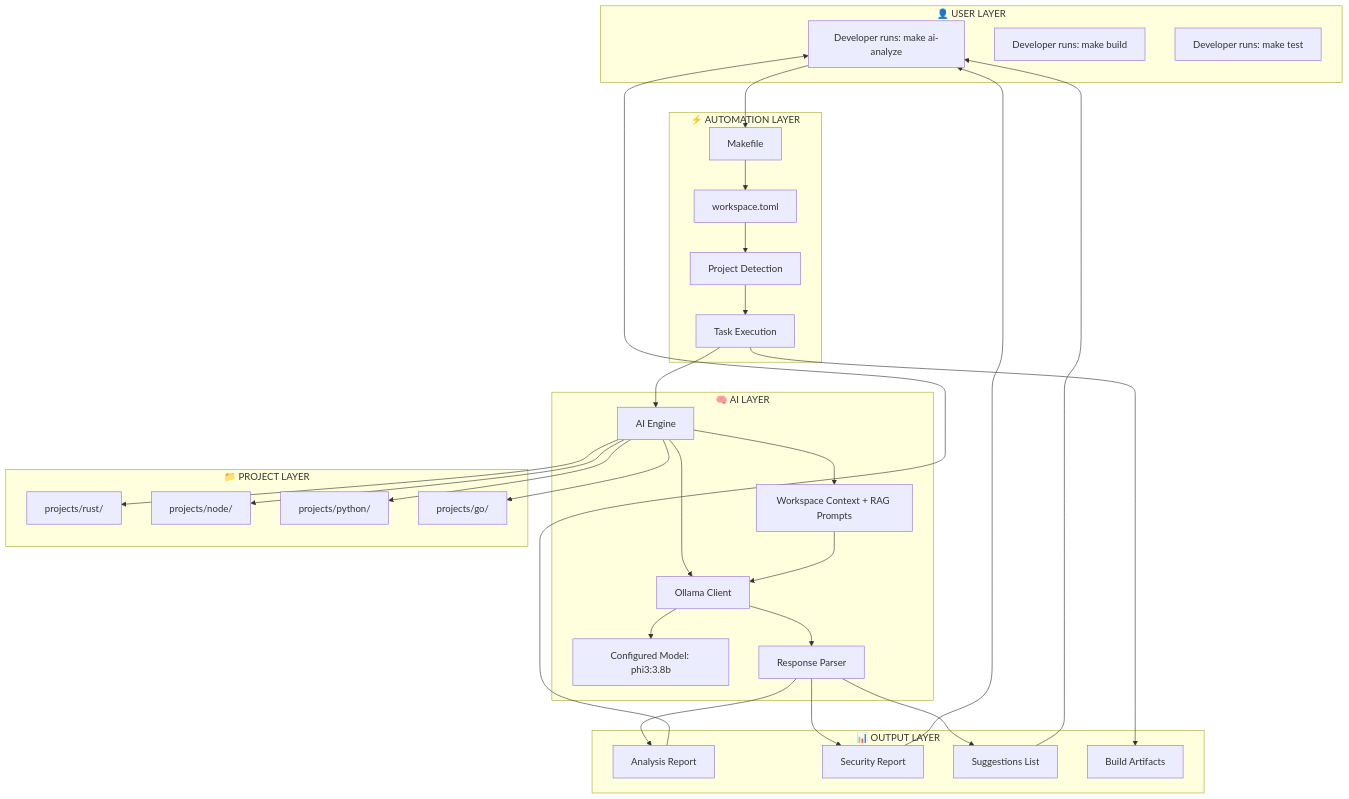
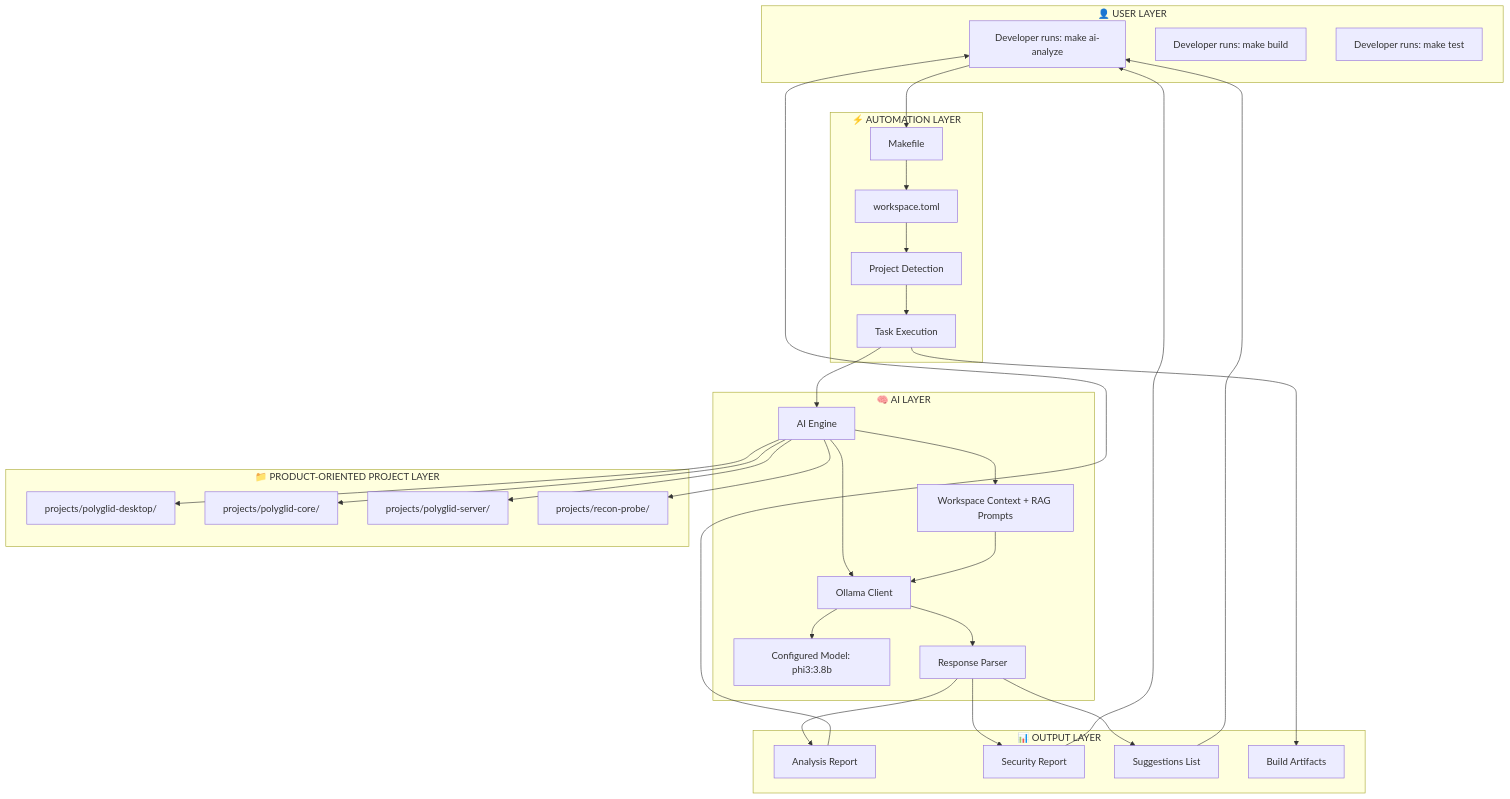
Before and after one commit to anonto42/poly.glid_security_workspace: the third of 10 diagrams in .agents/ARCHITECTURE_FLOW.md, drawn with Mermaid. The commit also changed other lines of this file and 163 other files, not shown here.

Commit message:
refactor(workspace): organize projects by product

````diff
--- a/.agents/ARCHITECTURE_FLOW.md
+++ b/.agents/ARCHITECTURE_FLOW.md
@@ -86,63 +86,63 @@
 ```mermaid
 graph TD
     subgraph "👤 USER LAYER"
         U1[Developer runs: make ai-analyze]
         U2[Developer runs: make build]
         U3[Developer runs: make test]
     end
 
     subgraph "⚡ AUTOMATION LAYER"
         M1[Makefile]
         M2[workspace.toml]
         M3[Project Detection]
         M4[Task Execution]
     end
 
     subgraph "🧠 AI LAYER"
         A1[AI Engine]
         A2[Ollama Client]
         A3[Configured Model: phi3:3.8b]
         A4[Workspace Context + RAG Prompts]
         A5[Response Parser]
     end
 
-    subgraph "📁 PROJECT LAYER"
-        P1[projects/rust/]
-        P2[projects/node/]
-        P3[projects/python/]
-        P4[projects/go/]
+    subgraph "📁 PRODUCT-ORIENTED PROJECT LAYER"
+        P1[projects/polyglid-desktop/]
+        P2[projects/polyglid-core/]
+        P3[projects/polyglid-server/]
+        P4[projects/recon-probe/]
     end
 
     subgraph "📊 OUTPUT LAYER"
         O1[Analysis Report]
         O2[Security Report]
         O3[Suggestions List]
         O4[Build Artifacts]
     end
 
     U1 --> M1
     M1 --> M2
     M2 --> M3
     M3 --> M4
     M4 --> A1
 
     A1 --> A2
     A2 --> A3
     A1 --> A4
     A4 --> A2
     A2 --> A5
 
     A1 --> P1
     A1 --> P2
     A1 --> P3
     A1 --> P4
 
     A5 --> O1
     A5 --> O2
     A5 --> O3
     M4 --> O4
 
     O1 --> U1
     O2 --> U1
     O3 --> U1
 ```
````
